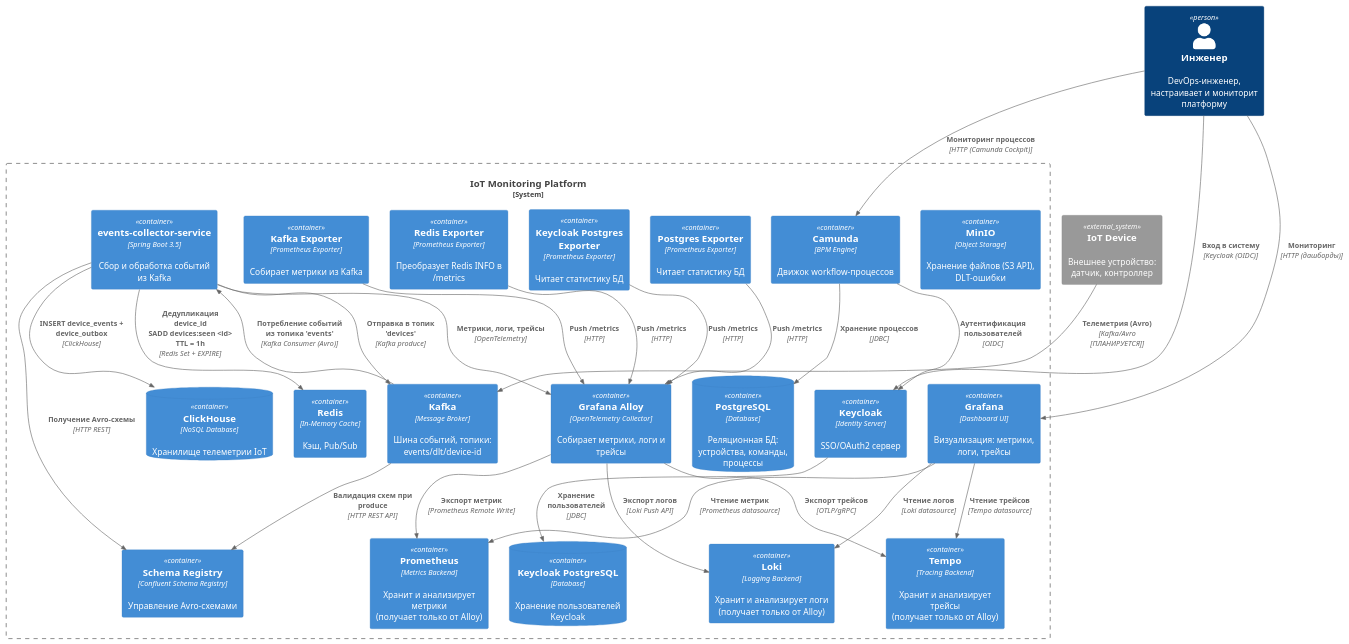
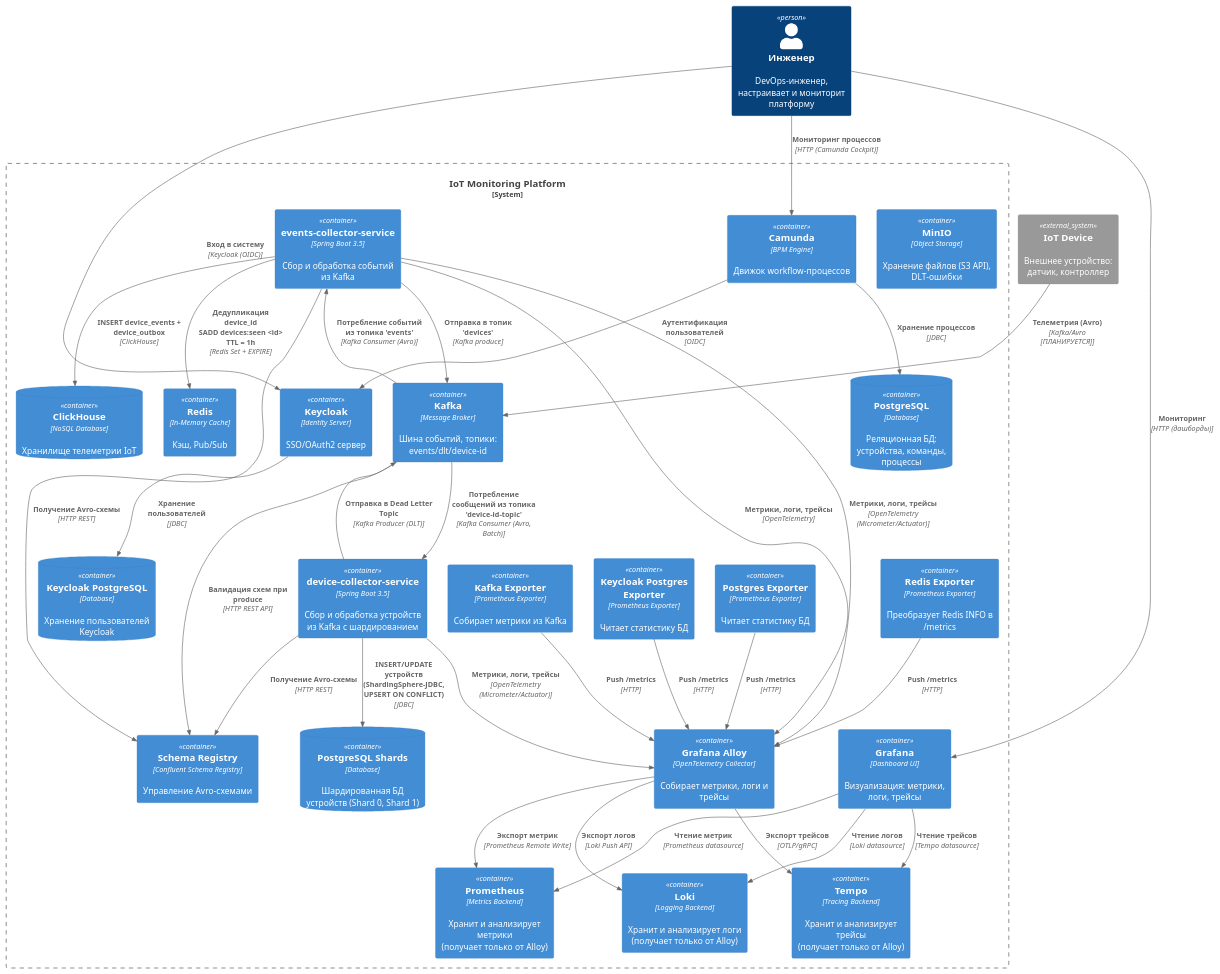
One commit to QuitEnough/highlyLoadedDistributedSystems changed the diagram in diagrams/containers.puml. Above: the diagram before and after it, drawn with PlantUML.

Commit message:
HW3: v1.0 диаграммы

```diff
--- a/diagrams/containers.puml
+++ b/diagrams/containers.puml
@@ -1,66 +1,75 @@
 @startuml
 !includeurl https://raw.githubusercontent.com/plantuml-stdlib/C4-PlantUML/master/C4_Container.puml
 
 Person(engineer, "Инженер", "DevOps-инженер, настраивает и мониторит платформу")
 System_Ext(iot_device, "IoT Device", "Внешнее устройство: датчик, контроллер")
 
 System_Boundary(iot_platform, "IoT Monitoring Platform") {
 
     ContainerDb(postgres, "PostgreSQL", "Database", "Реляционная БД: устройства, команды, процессы")
     ContainerDb(keycloak_postgres, "Keycloak PostgreSQL", "Database", "Хранение пользователей Keycloak")
     ContainerDb(clickhouse, "ClickHouse", "NoSQL Database", "Хранилище телеметрии IoT")
+    ContainerDb(pg_shards, "PostgreSQL Shards", "Database", "Шардированная БД устройств (Shard 0, Shard 1)")
 
     Container(kafka, "Kafka", "Message Broker", "Шина событий, топики: events/dlt/device-id")
     Container(redis, "Redis", "In-Memory Cache", "Кэш, Pub/Sub")
     Container(minio, "MinIO", "Object Storage", "Хранение файлов (S3 API), DLT-ошибки")
 
     Container(keycloak, "Keycloak", "Identity Server", "SSO/OAuth2 сервер")
     Container(camunda, "Camunda", "BPM Engine", "Движок workflow-процессов")
     Container(schema_registry, "Schema Registry", "Confluent Schema Registry", "Управление Avro-схемами")
 
     Container(prometheus, "Prometheus", "Metrics Backend", "Хранит и анализирует метрики\n(получает только от Alloy)")
     Container(loki, "Loki", "Logging Backend", "Хранит и анализирует логи\n(получает только от Alloy)")
     Container(tempo, "Tempo", "Tracing Backend", "Хранит и анализирует трейсы\n(получает только от Alloy)")
     Container(grafana, "Grafana", "Dashboard UI", "Визуализация: метрики, логи, трейсы")
     Container(alloy, "Grafana Alloy", "OpenTelemetry Collector", "Собирает метрики, логи и трейсы")
 
     Container(postgres_exporter, "Postgres Exporter", "Prometheus Exporter", "Читает статистику БД")
     Container(keycloak_postgres_exporter, "Keycloak Postgres Exporter", "Prometheus Exporter", "Читает статистику БД")
     Container(kafka_exporter, "Kafka Exporter", "Prometheus Exporter", "Собирает метрики из Kafka")
     Container(redis_exporter, "Redis Exporter", "Prometheus Exporter", "Преобразует Redis INFO в /metrics")
 
     Container(events_collector, "events-collector-service", "Spring Boot 3.5", "Сбор и обработка событий из Kafka")
+    Container(device_collector, "device-collector-service", "Spring Boot 3.5", "Сбор и обработка устройств из Kafka с шардированием")
 }
 
 Rel(iot_device, kafka, "Телеметрия (Avro)", "Kafka/Avro [ПЛАНИРУЕТСЯ]")
 Rel(engineer, grafana, "Мониторинг", "HTTP (дашборды)")
 Rel(engineer, keycloak, "Вход в систему", "Keycloak (OIDC)")
 Rel(engineer, camunda, "Мониторинг процессов", "HTTP (Camunda Cockpit)")
 
 Rel(kafka, events_collector, "Потребление событий из топика 'events'", "Kafka Consumer (Avro)")
 Rel(events_collector, schema_registry, "Получение Avro-схемы", "HTTP REST")
 Rel(events_collector, clickhouse, "INSERT device_events + device_outbox", "ClickHouse")
 Rel(events_collector, redis, "Дедупликация device_id\nSADD devices:seen <id>\nTTL = 1h", "Redis Set + EXPIRE")
 Rel(events_collector, alloy, "Метрики, логи, трейсы", "OpenTelemetry")
 Rel(events_collector, kafka, "Отправка в топик 'devices'", "Kafka produce")
+Rel(events_collector, alloy, "Метрики, логи, трейсы", "OpenTelemetry (Micrometer/Actuator)")
+
+Rel(kafka, device_collector, "Потребление сообщений из топика 'device-id-topic'", "Kafka Consumer (Avro, Batch)")
+Rel(device_collector, schema_registry, "Получение Avro-схемы", "HTTP REST")
+Rel(device_collector, pg_shards, "INSERT/UPDATE устройств (ShardingSphere-JDBC, UPSERT ON CONFLICT)", "JDBC")
+Rel(device_collector, kafka, "Отправка в Dead Letter Topic", "Kafka Producer (DLT)")
+Rel(device_collector, alloy, "Метрики, логи, трейсы", "OpenTelemetry (Micrometer/Actuator)")
 
 Rel(camunda, keycloak, "Аутентификация пользователей", "OIDC")
 Rel(camunda, postgres, "Хранение процессов", "JDBC")
 Rel(keycloak, keycloak_postgres, "Хранение пользователей", "JDBC")
 
 Rel(postgres_exporter, alloy, "Push /metrics", "HTTP")
 Rel(keycloak_postgres_exporter, alloy, "Push /metrics", "HTTP")
 Rel(kafka_exporter, alloy, "Push /metrics", "HTTP")
 Rel(redis_exporter, alloy, "Push /metrics", "HTTP")
 
 Rel(alloy, prometheus, "Экспорт метрик", "Prometheus Remote Write")
 Rel(alloy, loki, "Экспорт логов", "Loki Push API")
 Rel(alloy, tempo, "Экспорт трейсов", "OTLP/gRPC")
 
 Rel(kafka, schema_registry, "Валидация схем при produce", "HTTP REST API")
 
 Rel(grafana, prometheus, "Чтение метрик", "Prometheus datasource")
 Rel(grafana, loki, "Чтение логов", "Loki datasource")
 Rel(grafana, tempo, "Чтение трейсов", "Tempo datasource")
 
 @enduml
```
